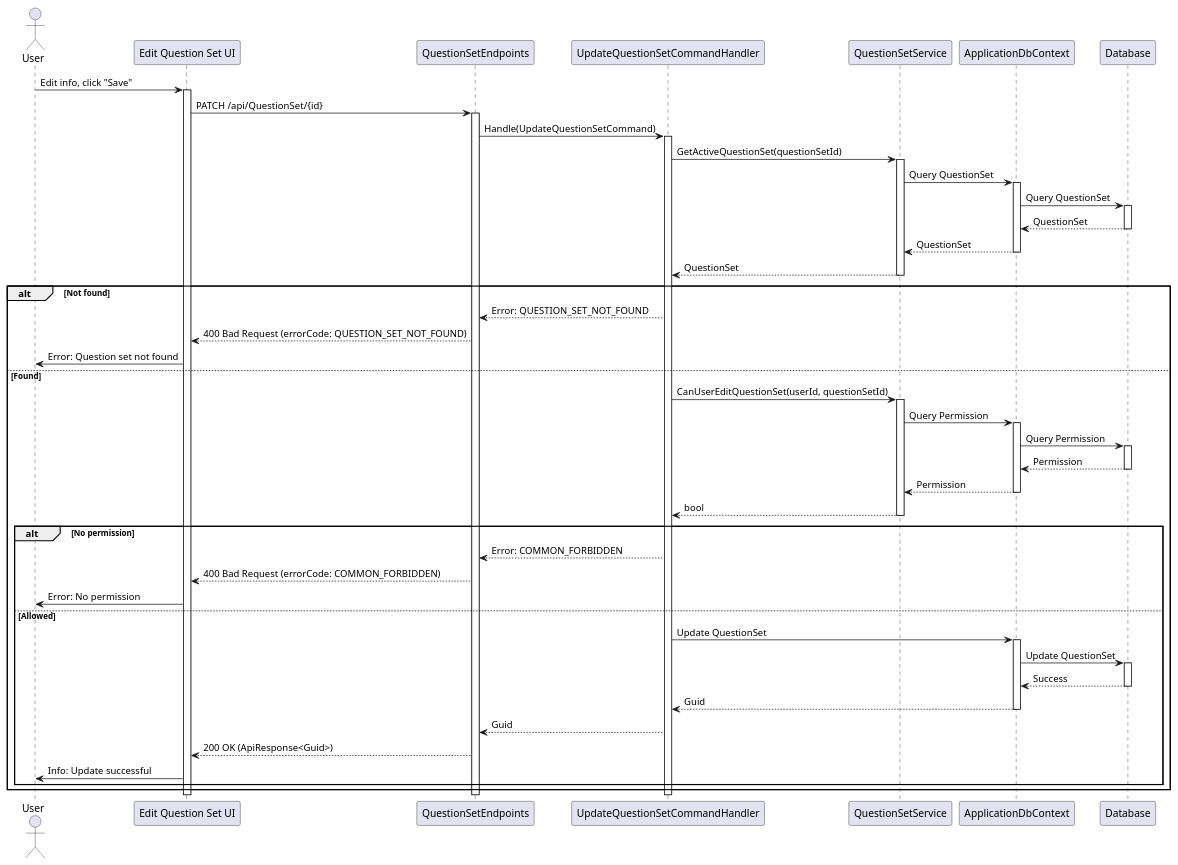
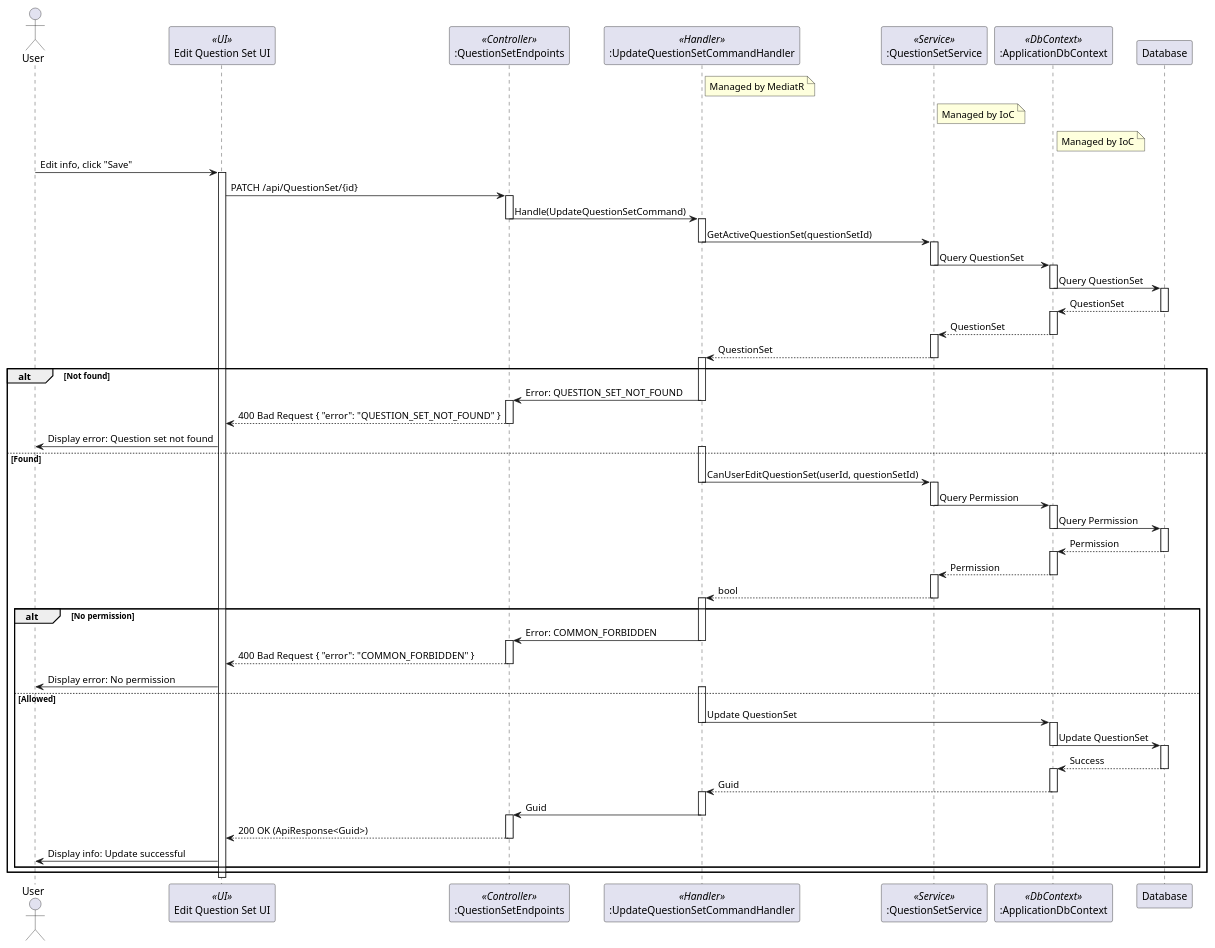
Before and after one commit to thanhkhac/SEP_Diagram: the diagram in QuestionSets/Sequence/UpdateQuestionSetCommand.puml, drawn with PlantUML. The commit also changed 23 other files, not shown here.

Commit message:
Enhance sequence diagrams for QuestionSet and TestTemplate

```diff
--- a/QuestionSets/Sequence/UpdateQuestionSetCommand.puml
+++ b/QuestionSets/Sequence/UpdateQuestionSetCommand.puml
@@ -1,66 +1,105 @@
 @startuml
 actor User
-participant "Edit Question Set UI" as UI
-participant QuestionSetEndpoints
-participant UpdateQuestionSetCommandHandler as Handler
-participant QuestionSetService
-participant ApplicationDbContext
+participant "Edit Question Set UI" as UI <<UI>>
+participant ":QuestionSetEndpoints" as QuestionSetEndpoints <<Controller>>
+participant ":UpdateQuestionSetCommandHandler" as UpdateQuestionSetCommandHandler <<Handler>>
+participant ":QuestionSetService" as QuestionSetService <<Service>>
+participant ":ApplicationDbContext" as ApplicationDbContext <<DbContext>>
 participant Database
+
+note right of UpdateQuestionSetCommandHandler
+  Managed by MediatR
+end note
+
+note right of QuestionSetService
+  Managed by IoC
+end note
+
+note right of ApplicationDbContext
+  Managed by IoC
+end note
 
 User -> UI : Edit info, click "Save"
 activate UI
 UI -> QuestionSetEndpoints : PATCH /api/QuestionSet/{id}
 activate QuestionSetEndpoints
-QuestionSetEndpoints -> Handler : Handle(UpdateQuestionSetCommand)
-activate Handler
-Handler -> QuestionSetService : GetActiveQuestionSet(questionSetId)
+QuestionSetEndpoints -> UpdateQuestionSetCommandHandler : Handle(UpdateQuestionSetCommand)
+deactivate QuestionSetEndpoints
+activate UpdateQuestionSetCommandHandler
+UpdateQuestionSetCommandHandler -> QuestionSetService : GetActiveQuestionSet(questionSetId)
+deactivate UpdateQuestionSetCommandHandler
 activate QuestionSetService
 QuestionSetService -> ApplicationDbContext : Query QuestionSet
+deactivate QuestionSetService
 activate ApplicationDbContext
 ApplicationDbContext -> Database : Query QuestionSet
+deactivate ApplicationDbContext
 activate Database
 Database --> ApplicationDbContext : QuestionSet
 deactivate Database
+activate ApplicationDbContext
 ApplicationDbContext --> QuestionSetService : QuestionSet
 deactivate ApplicationDbContext
-QuestionSetService --> Handler : QuestionSet
+activate QuestionSetService
+QuestionSetService --> UpdateQuestionSetCommandHandler : QuestionSet
 deactivate QuestionSetService
+activate UpdateQuestionSetCommandHandler
 alt Not found
-    Handler --> QuestionSetEndpoints : Error: QUESTION_SET_NOT_FOUND
-    QuestionSetEndpoints --> UI : 400 Bad Request (errorCode: QUESTION_SET_NOT_FOUND)
-    UI -> User : Error: Question set not found
+    UpdateQuestionSetCommandHandler -> QuestionSetEndpoints : Error: QUESTION_SET_NOT_FOUND
+    deactivate UpdateQuestionSetCommandHandler
+    activate QuestionSetEndpoints
+    QuestionSetEndpoints --> UI : 400 Bad Request { "error": "QUESTION_SET_NOT_FOUND" }
+    deactivate QuestionSetEndpoints
+    UI -> User : Display error: Question set not found
 else Found
-    Handler -> QuestionSetService : CanUserEditQuestionSet(userId, questionSetId)
+    activate UpdateQuestionSetCommandHandler
+    UpdateQuestionSetCommandHandler -> QuestionSetService : CanUserEditQuestionSet(userId, questionSetId)
+    deactivate UpdateQuestionSetCommandHandler
     activate QuestionSetService
     QuestionSetService -> ApplicationDbContext : Query Permission
+    deactivate QuestionSetService
     activate ApplicationDbContext
     ApplicationDbContext -> Database : Query Permission
+    deactivate ApplicationDbContext
     activate Database
     Database --> ApplicationDbContext : Permission
     deactivate Database
+    activate ApplicationDbContext
     ApplicationDbContext --> QuestionSetService : Permission
     deactivate ApplicationDbContext
-    QuestionSetService --> Handler : bool
+    activate QuestionSetService
+    QuestionSetService --> UpdateQuestionSetCommandHandler : bool
     deactivate QuestionSetService
+    activate UpdateQuestionSetCommandHandler
     alt No permission
-        Handler --> QuestionSetEndpoints : Error: COMMON_FORBIDDEN
-        QuestionSetEndpoints --> UI : 400 Bad Request (errorCode: COMMON_FORBIDDEN)
-        UI -> User : Error: No permission
+        UpdateQuestionSetCommandHandler -> QuestionSetEndpoints : Error: COMMON_FORBIDDEN
+        deactivate UpdateQuestionSetCommandHandler
+        activate QuestionSetEndpoints
+        QuestionSetEndpoints --> UI : 400 Bad Request { "error": "COMMON_FORBIDDEN" }
+        deactivate QuestionSetEndpoints
+        UI -> User : Display error: No permission
     else Allowed
-        Handler -> ApplicationDbContext : Update QuestionSet
+        activate UpdateQuestionSetCommandHandler
+        UpdateQuestionSetCommandHandler -> ApplicationDbContext : Update QuestionSet
+        deactivate UpdateQuestionSetCommandHandler
         activate ApplicationDbContext
         ApplicationDbContext -> Database : Update QuestionSet
+        deactivate ApplicationDbContext
         activate Database
         Database --> ApplicationDbContext : Success
         deactivate Database
-        ApplicationDbContext --> Handler : Guid
+        activate ApplicationDbContext
+        ApplicationDbContext --> UpdateQuestionSetCommandHandler : Guid
         deactivate ApplicationDbContext
-        Handler --> QuestionSetEndpoints : Guid
+        activate UpdateQuestionSetCommandHandler
+        UpdateQuestionSetCommandHandler -> QuestionSetEndpoints : Guid
+        deactivate UpdateQuestionSetCommandHandler
+        activate QuestionSetEndpoints
         QuestionSetEndpoints --> UI : 200 OK (ApiResponse<Guid>)
-        UI -> User : Info: Update successful
+        deactivate QuestionSetEndpoints
+        UI -> User : Display info: Update successful
     end
 end
-deactivate Handler
-deactivate QuestionSetEndpoints
 deactivate UI
+
 @enduml
```
